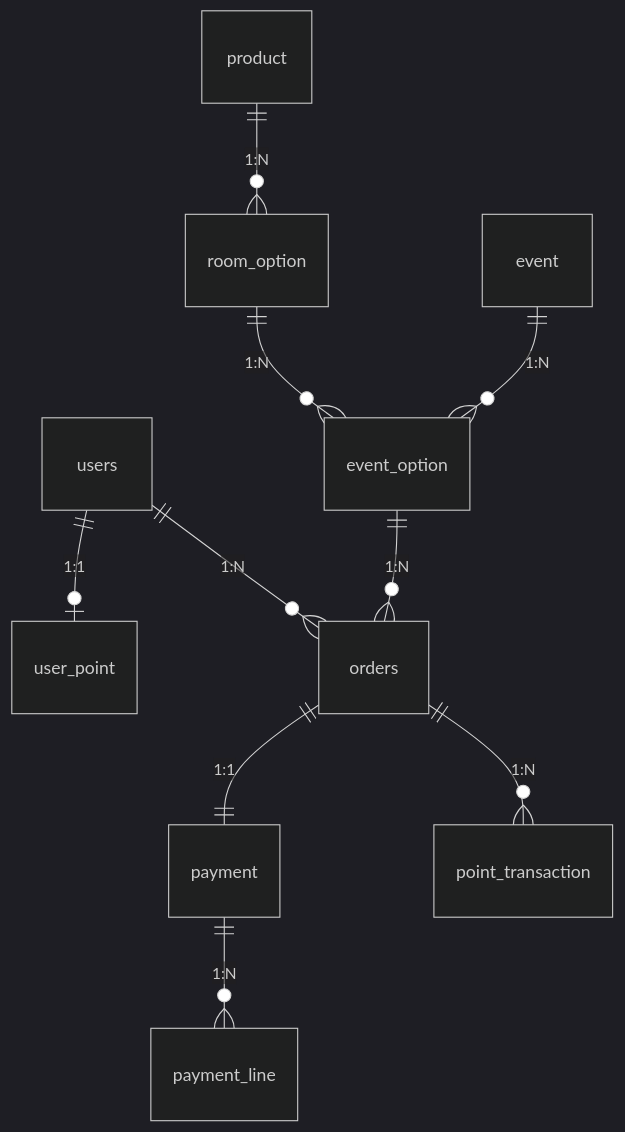
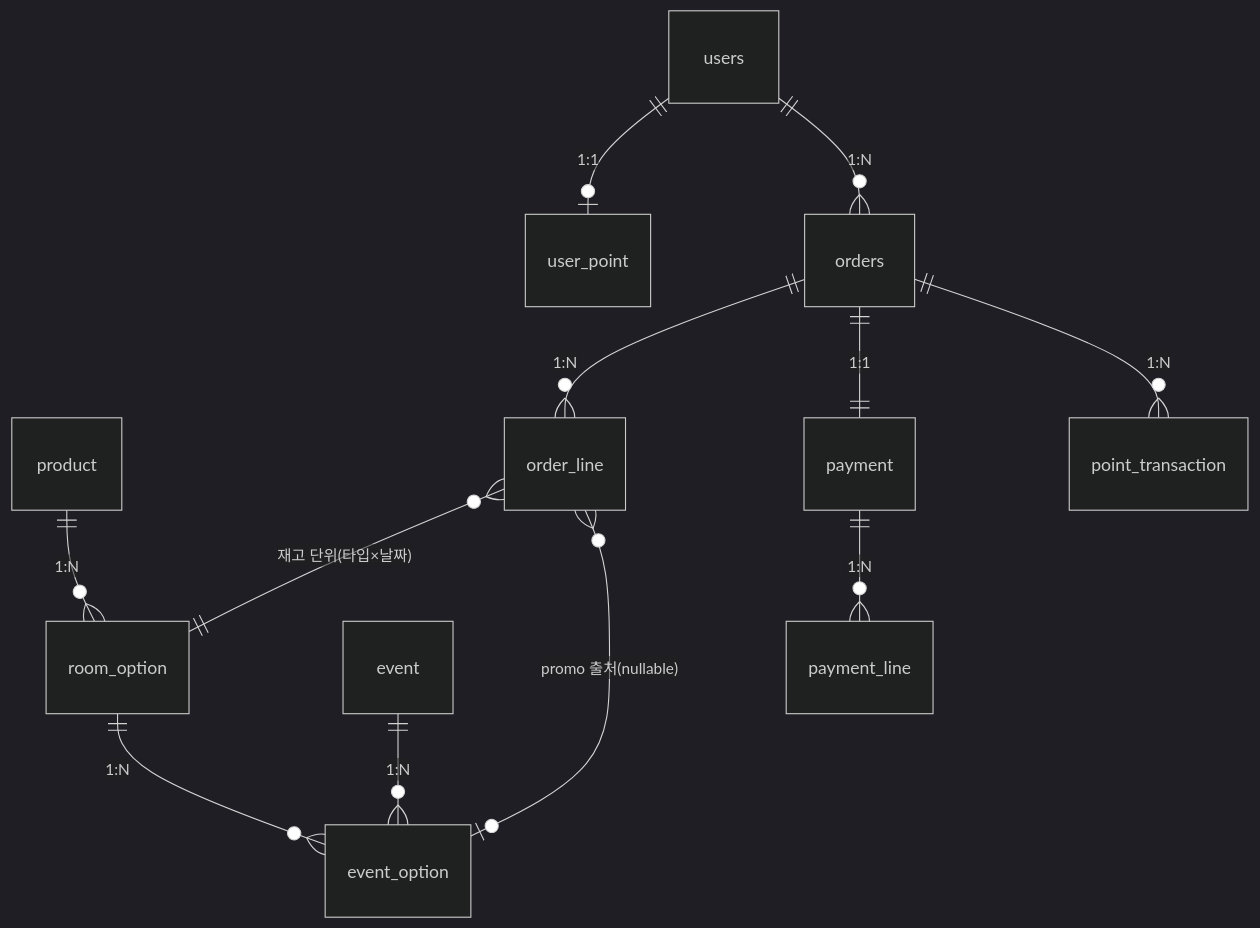
The first of 2 diagrams in docs/domain-design.md (chaney1475/booking-service), drawn with Mermaid (dark theme) before and after one commit. The commit also changed other lines of this file and 6 other files, not shown here.

First line of the commit message:
OrderLine 도입 및 Order와 EventOption 분리

````diff
--- a/docs/domain-design.md
+++ b/docs/domain-design.md
@@ -25,12 +25,14 @@
 ```mermaid
 erDiagram
     users         ||--o| user_point        : "1:1"
     users         ||--o{ orders             : "1:N"
     product       ||--o{ room_option        : "1:N"
     room_option   ||--o{ event_option       : "1:N"
     event         ||--o{ event_option       : "1:N"
-    event_option  ||--o{ orders             : "1:N"
+    orders        ||--o{ order_line         : "1:N"
+    order_line    }o--|| room_option        : "재고 단위(타입×날짜)"
+    order_line    }o--o| event_option       : "promo 출처(nullable)"
     orders        ||--|| payment            : "1:1"
     payment       ||--o{ payment_line       : "1:N"
     orders        ||--o{ point_transaction  : "1:N"
 ```
````
